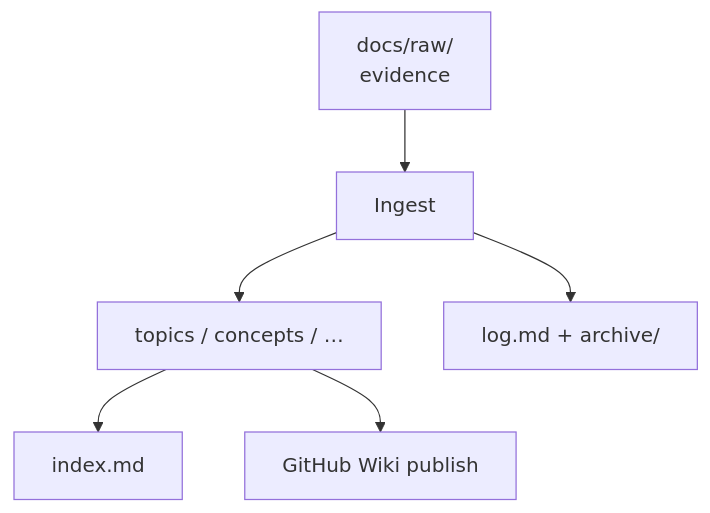
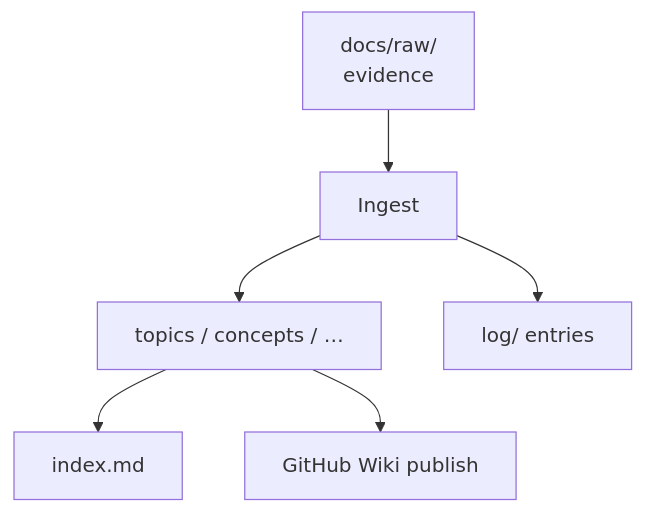
One commit to seantomburke/llm-wiki-template changed the diagram in docs/wiki/concepts/llm-wiki-pattern.md. Above: the diagram before and after it, drawn with Mermaid. The commit also changed 9 other files, not shown here.

````diff
--- a/docs/wiki/concepts/llm-wiki-pattern.md
+++ b/docs/wiki/concepts/llm-wiki-pattern.md
@@ -18,8 +18,8 @@
 ```mermaid
 flowchart TD
     Raw["docs/raw/<br/>evidence"] --> Ingest["Ingest"]
     Ingest --> Pages["topics / concepts / …"]
     Pages --> Index["index.md"]
-    Ingest --> Log["log.md + archive/"]
+    Ingest --> Log["log/ entries"]
     Pages --> Sync["GitHub Wiki publish"]
 ```
````
